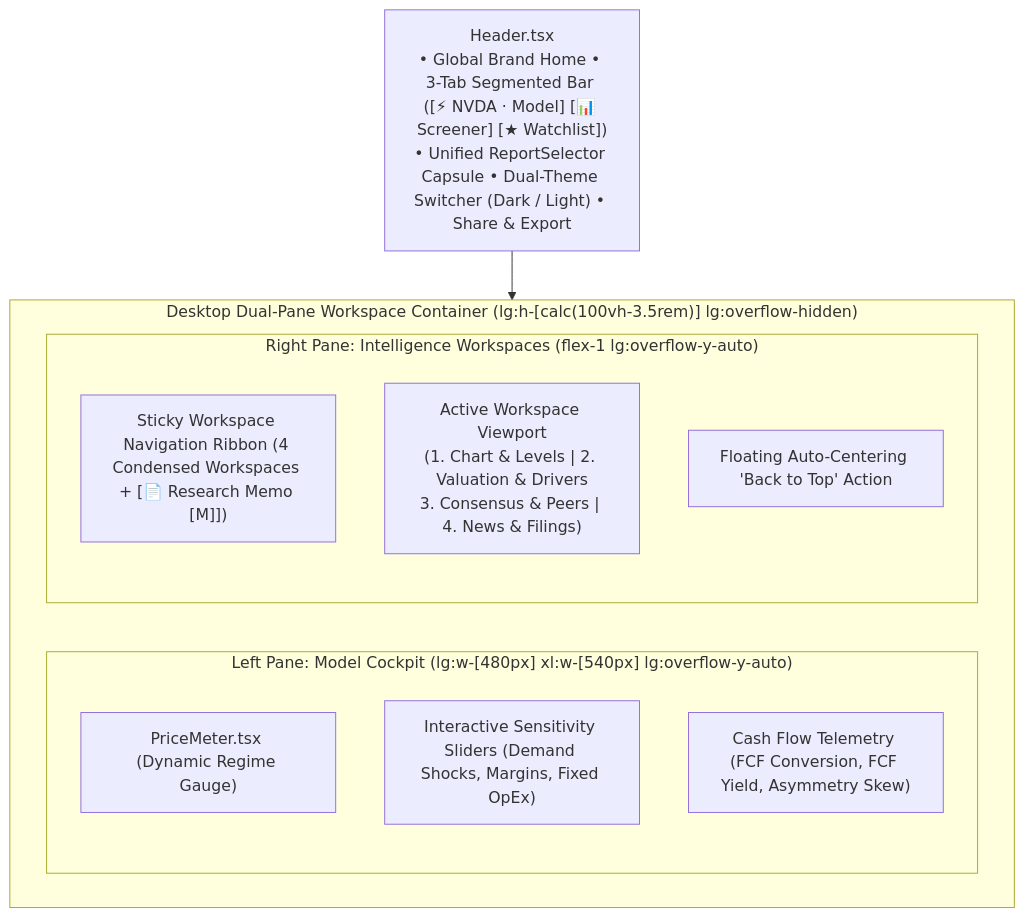
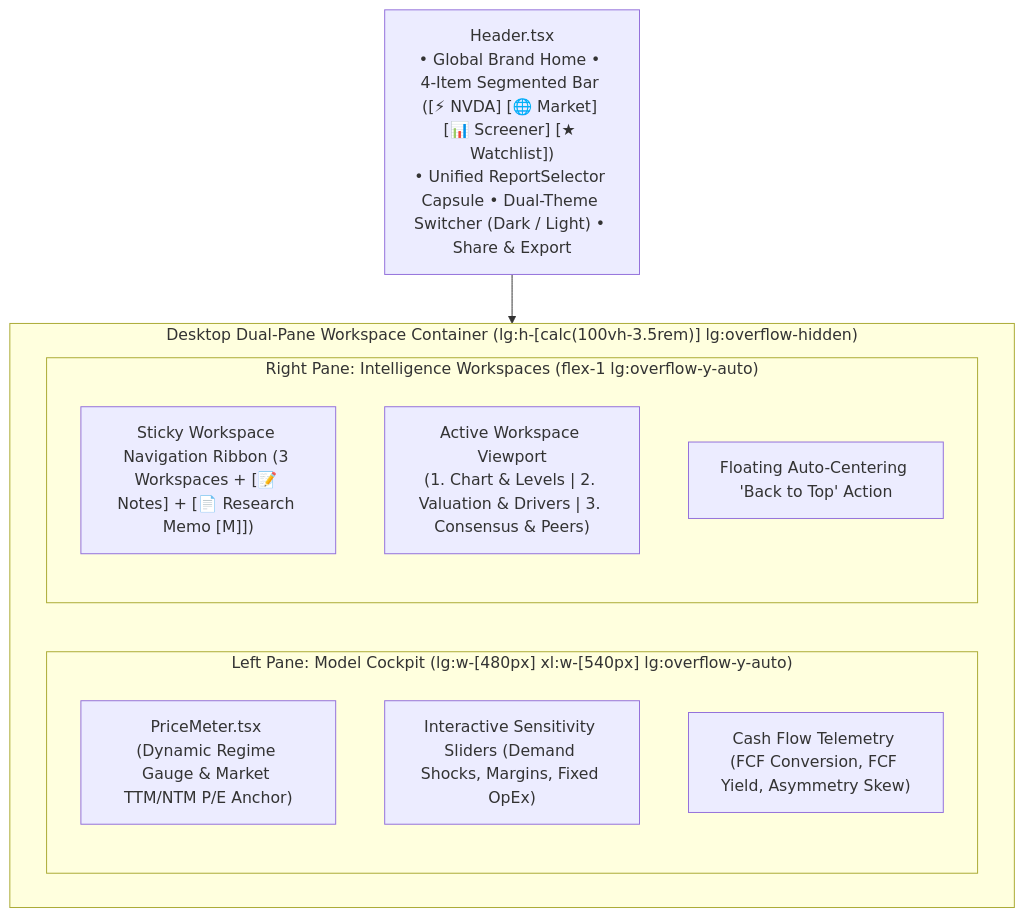
The second of 9 diagrams in docs/architecture.md (phanturne/stress-alpha), drawn with Mermaid before and after one commit. The commit also changed other lines of this file and 3 other files, not shown here.

Commit message:
docs: sync README and architecture docs with recent pipeline & UI commits (#31)

````diff
--- a/docs/architecture.md
+++ b/docs/architecture.md
@@ -87,20 +84,20 @@
 ```mermaid
 flowchart TD
-    Header["Header.tsx\n• Global Brand Home • 3-Tab Segmented Bar ([⚡ NVDA · Model] [📊 Screener] [★ Watchlist])\n• Unified ReportSelector Capsule • Dual-Theme Switcher (Dark / Light) • Share & Export"]
+    Header["Header.tsx\n• Global Brand Home • 4-Item Segmented Bar ([⚡ NVDA] [🌐 Market] [📊 Screener] [★ Watchlist])\n• Unified ReportSelector Capsule • Dual-Theme Switcher (Dark / Light) • Share & Export"]
 
     subgraph DualPaneLayout["Desktop Dual-Pane Workspace Container (lg:h-[calc(100vh-3.5rem)] lg:overflow-hidden)"]
         subgraph LeftPane["Left Pane: Model Cockpit (lg:w-[480px] xl:w-[540px] lg:overflow-y-auto)"]
-            PriceMeter["PriceMeter.tsx (Dynamic Regime Gauge)"]
+            PriceMeter["PriceMeter.tsx (Dynamic Regime Gauge & Market TTM/NTM P/E Anchor)"]
             Sliders["Interactive Sensitivity Sliders (Demand Shocks, Margins, Fixed OpEx)"]
             Telemetry["Cash Flow Telemetry (FCF Conversion, FCF Yield, Asymmetry Skew)"]
         end
 
         subgraph RightPane["Right Pane: Intelligence Workspaces (flex-1 lg:overflow-y-auto)"]
-            NavRibbon["Sticky Workspace Navigation Ribbon (4 Condensed Workspaces + [📄 Research Memo [M]])"]
-            TabsContainer["Active Workspace Viewport\n(1. Chart & Levels | 2. Valuation & Drivers\n3. Consensus & Peers | 4. News & Filings)"]
+            NavRibbon["Sticky Workspace Navigation Ribbon (3 Workspaces + [📝 Notes] + [📄 Research Memo [M]])"]
+            TabsContainer["Active Workspace Viewport\n(1. Chart & Levels | 2. Valuation & Drivers | 3. Consensus & Peers)"]
             BackToTop["Floating Auto-Centering 'Back to Top' Action"]
         end
     end
 
     Header --> DualPaneLayout
 ```
````
